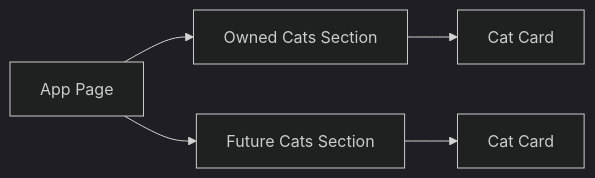
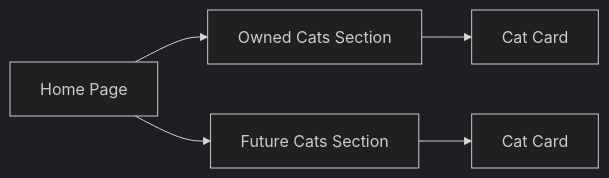
Before and after one commit to clawsun568-arch/multi-agent-cr-demo: the third of 3 diagrams in docs/cat-website-design.md, drawn with Mermaid (dark theme). The commit also changed other lines of this file, not shown here.

Commit message:
docs: address review feedback - fix diagrams, birthDate vs age, explain JSON usage, add accessibility specifics

````diff
--- a/docs/cat-website-design.md
+++ b/docs/cat-website-design.md
@@ -106,8 +133,8 @@
 ```mermaid
 flowchart LR
-    App[App Page]
+    App[Home Page]
     App --> Owned[Owned Cats Section]
     App --> Planned[Future Cats Section]
     Owned --> CatCard1[Cat Card]
     Planned --> CatCard2[Cat Card]
 ```
````
